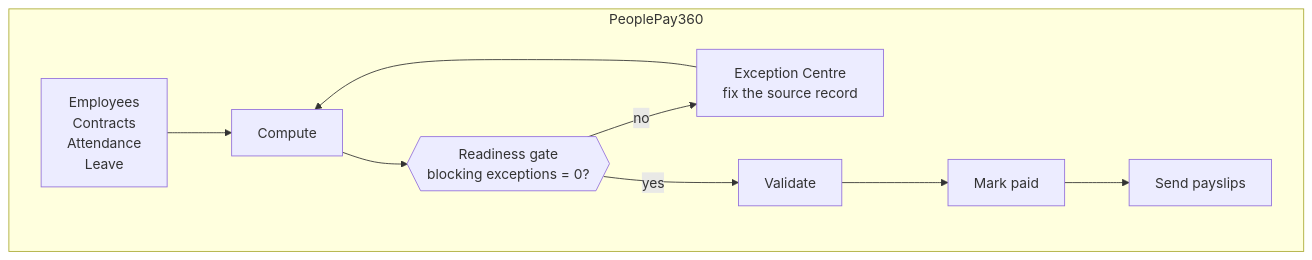
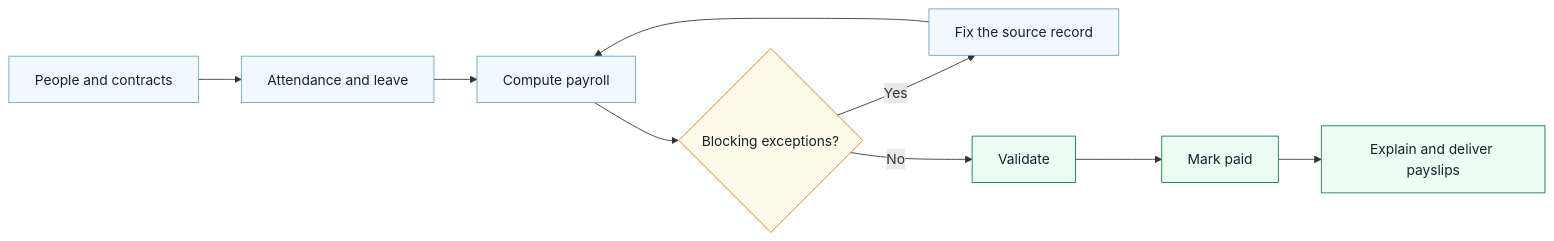
Before and after one commit to MAITRI137/Hackathon_2026_804: the first of 3 diagrams in README.md, drawn with Mermaid. The commit also changed other lines of this file and 2 other files, not shown here.

````diff
--- a/README.md
+++ b/README.md
@@ -32,11 +69,18 @@
 ```mermaid
 flowchart LR
-  subgraph P["PeoplePay360"]
-    direction LR
-    B1[Employees<br/>Contracts<br/>Attendance<br/>Leave] --> B2[Compute]
-    B2 --> B3{{"Readiness gate<br/>blocking exceptions = 0?"}}
-    B3 -- "no" --> B4[Exception Centre<br/>fix the source record]
-    B4 --> B2
-    B3 -- "yes" --> B5[Validate] --> B6[Mark paid] --> B7[Send payslips]
-  end
+  A[People and contracts] --> B[Attendance and leave]
+  B --> C[Compute payroll]
+  C --> D{Blocking exceptions?}
+  D -- Yes --> E[Fix the source record]
+  E --> C
+  D -- No --> F[Validate]
+  F --> G[Mark paid]
+  G --> H[Explain and deliver payslips]
+
+  classDef source fill:#f2f8fc,stroke:#6da2c2,color:#16232c
+  classDef gate fill:#fffbeb,stroke:#d97706,color:#16232c
+  classDef success fill:#ecfdf3,stroke:#0f7b3d,color:#16232c
+  class A,B,C,E source
+  class D gate
+  class F,G,H success
 ```
````
